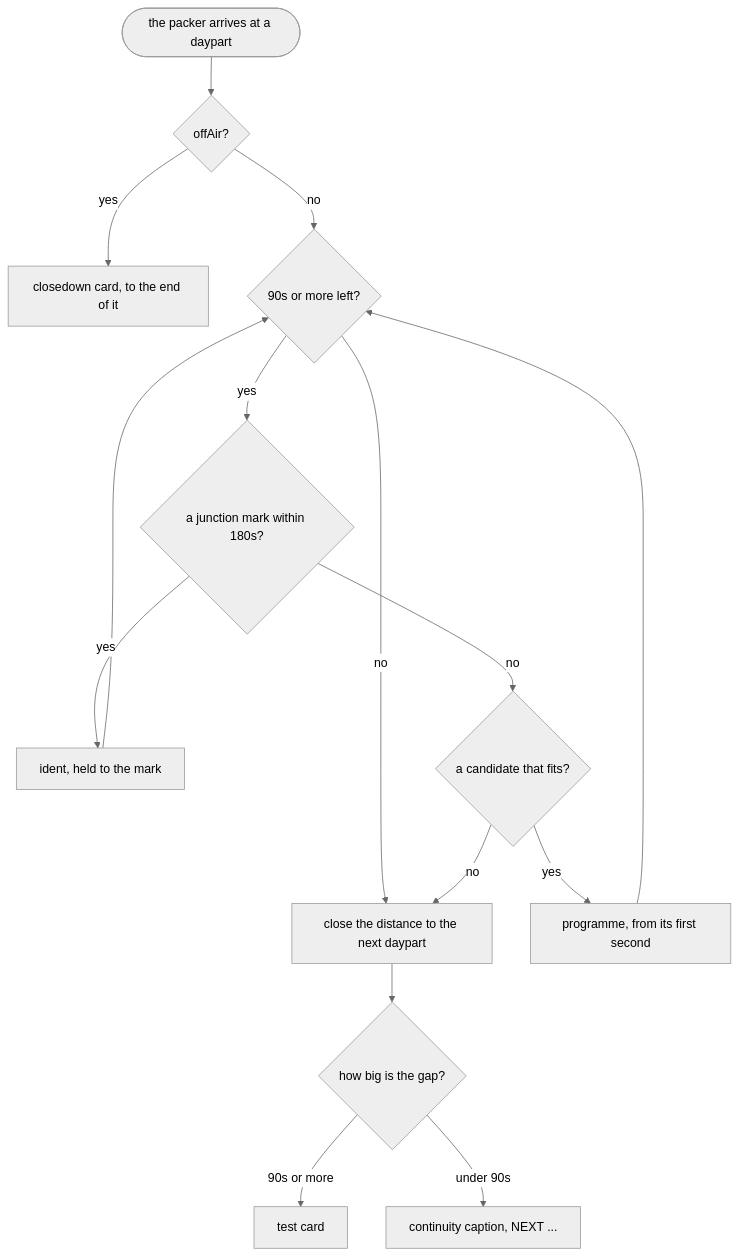
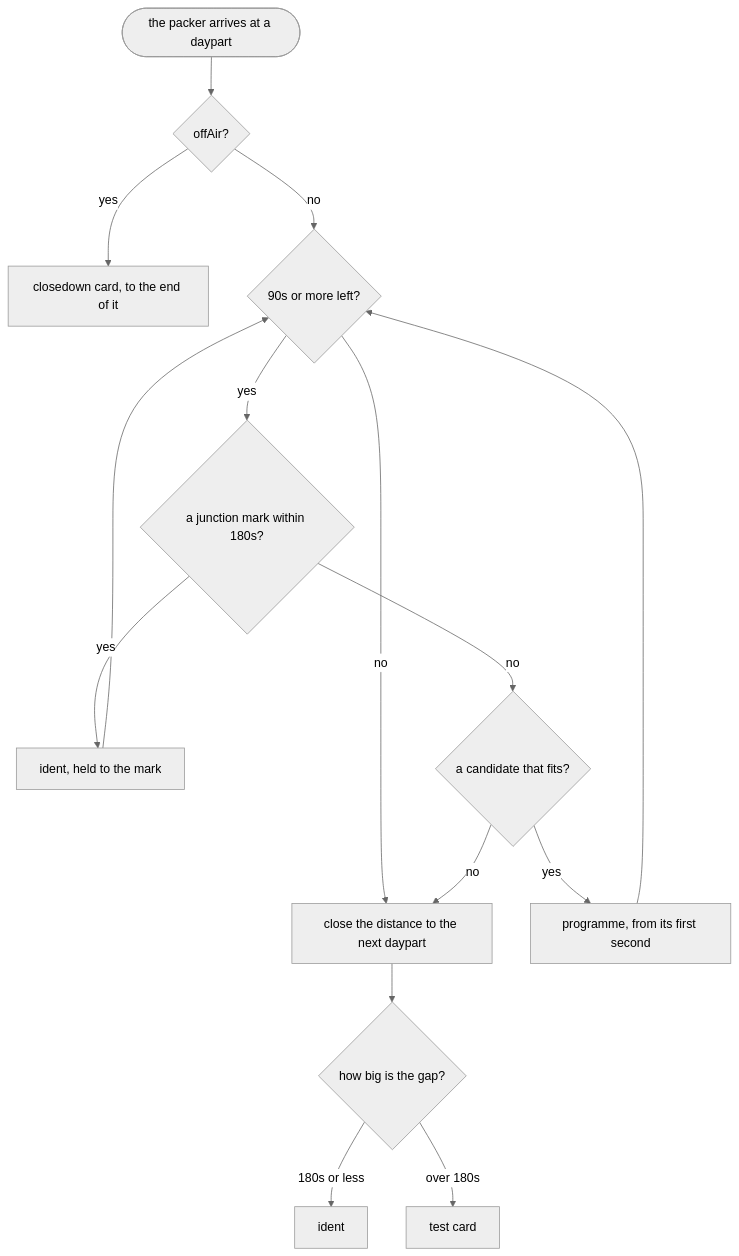
The fourth of 4 diagrams in docs/architecture/scheduling.md (coolhandle01/telly), drawn with Mermaid (neutral theme) before and after one commit. The commit also changed other lines of this file and 159 other files, not shown here.

````diff
--- a/docs/architecture/scheduling.md
+++ b/docs/architecture/scheduling.md
@@ -193,17 +193,17 @@
 ```mermaid
 flowchart TB
   begin(["the packer arrives at a daypart"]) --> offair{"offAir?"}
   offair -->|yes| closedown["closedown card, to the end of it"]
   offair -->|no| room{"90s or more left?"}
   room -->|no| tail["close the distance to the next daypart"]
   room -->|yes| mark{"a junction mark within 180s?"}
   mark -->|yes| ident["ident, held to the mark"]
   ident --> room
   mark -->|no| pick{"a candidate that fits?"}
   pick -->|yes| prog["programme, from its first second"]
   prog --> room
   pick -->|no| tail
   tail --> gap{"how big is the gap?"}
-  gap -->|"90s or more"| interlude["test card"]
-  gap -->|"under 90s"| caption["continuity caption, NEXT ..."]
+  gap -->|"180s or less"| padded["ident"]
+  gap -->|"over 180s"| interlude["test card"]
 ```
````
